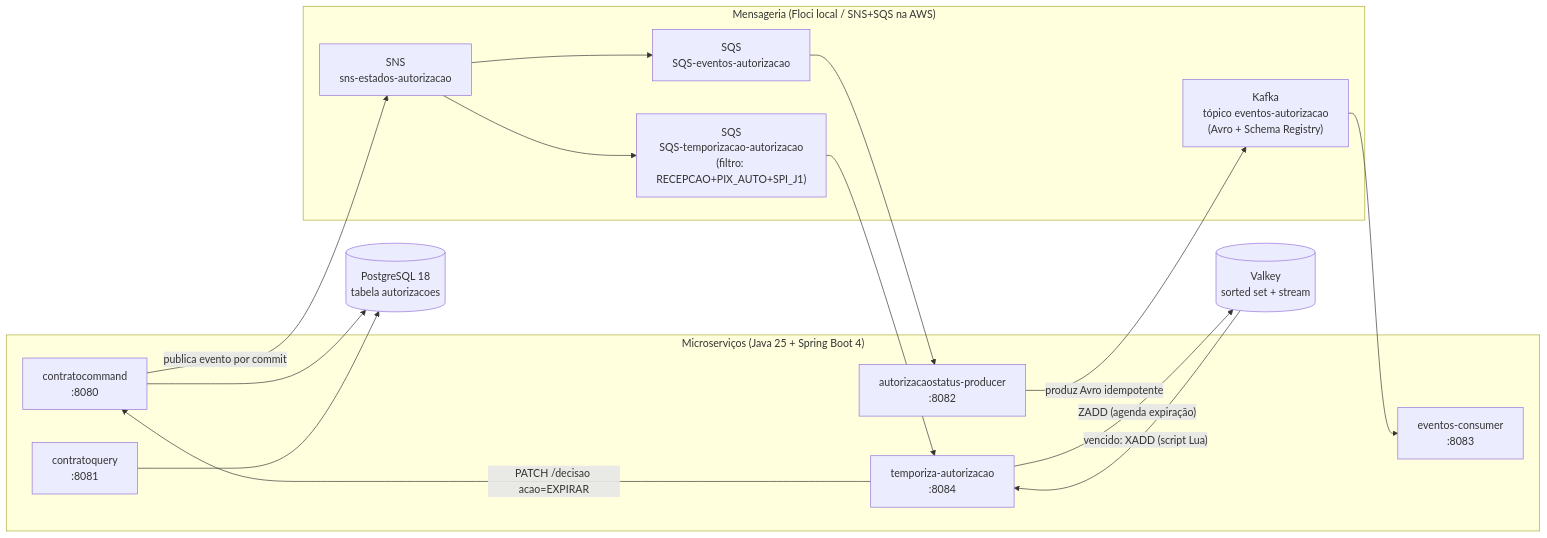
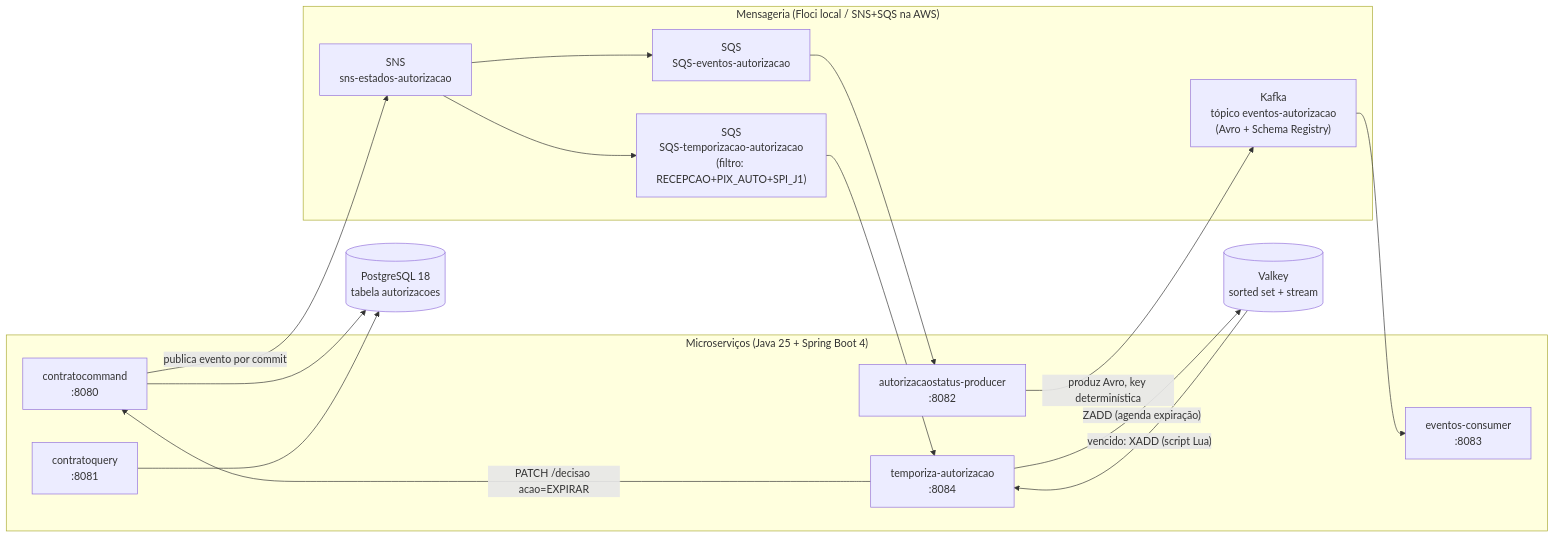
The fifth of 5 diagrams in README.md (srportto/arj-pagrecorrentes-dbrelacional), drawn with Mermaid before and after one commit. The commit also changed other lines of this file and 84 other files, not shown here.

````diff
--- a/README.md
+++ b/README.md
@@ -115,33 +115,33 @@
 ```mermaid
 flowchart LR
     subgraph Servicos["Microserviços (Java 25 + Spring Boot 4)"]
         CC["contratocommand<br/>:8080"]
         CQ["contratoquery<br/>:8081"]
         ASP["autorizacaostatus-producer<br/>:8082"]
         EC["eventos-consumer<br/>:8083"]
         TA["temporiza-autorizacao<br/>:8084"]
     end
 
     subgraph Mensageria["Mensageria (Floci local / SNS+SQS na AWS)"]
         SNS["SNS<br/>sns-estados-autorizacao"]
         SQS1["SQS<br/>SQS-eventos-autorizacao"]
         SQS2["SQS<br/>SQS-temporizacao-autorizacao<br/>(filtro: RECEPCAO+PIX_AUTO+SPI_J1)"]
         KAFKA["Kafka<br/>tópico eventos-autorizacao<br/>(Avro + Schema Registry)"]
     end
 
     PG[("PostgreSQL 18<br/>tabela autorizacoes")]
     VALKEY[("Valkey<br/>sorted set + stream")]
 
     CC --> PG
     CQ --> PG
     CC -->|"publica evento por commit"| SNS
     SNS --> SQS1
     SNS --> SQS2
     SQS1 --> ASP
-    ASP -->|"produz Avro idempotente"| KAFKA
+    ASP -->|"produz Avro, key determinística"| KAFKA
     KAFKA --> EC
     SQS2 --> TA
     TA -->|"ZADD (agenda expiração)"| VALKEY
     VALKEY -->|"vencido: XADD (script Lua)"| TA
     TA -->|"PATCH /decisao acao=EXPIRAR"| CC
 ```
````
